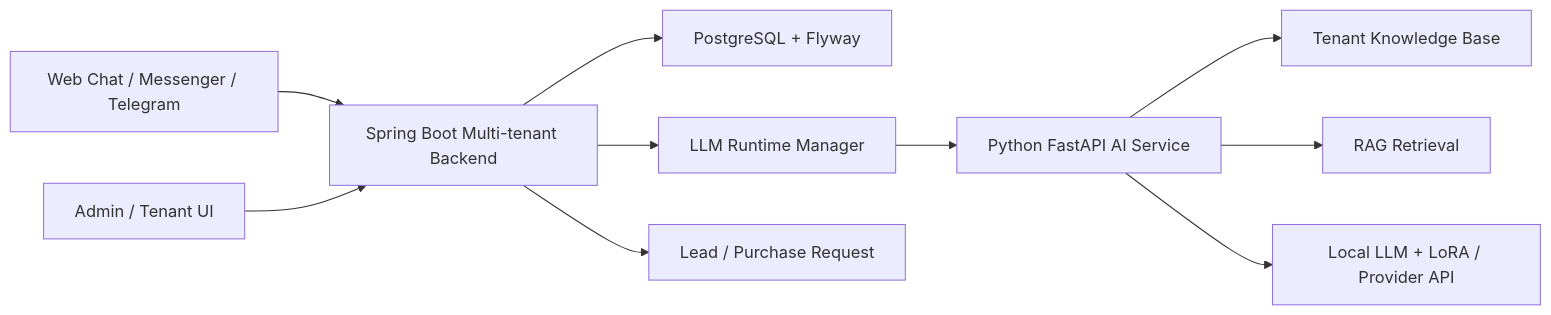
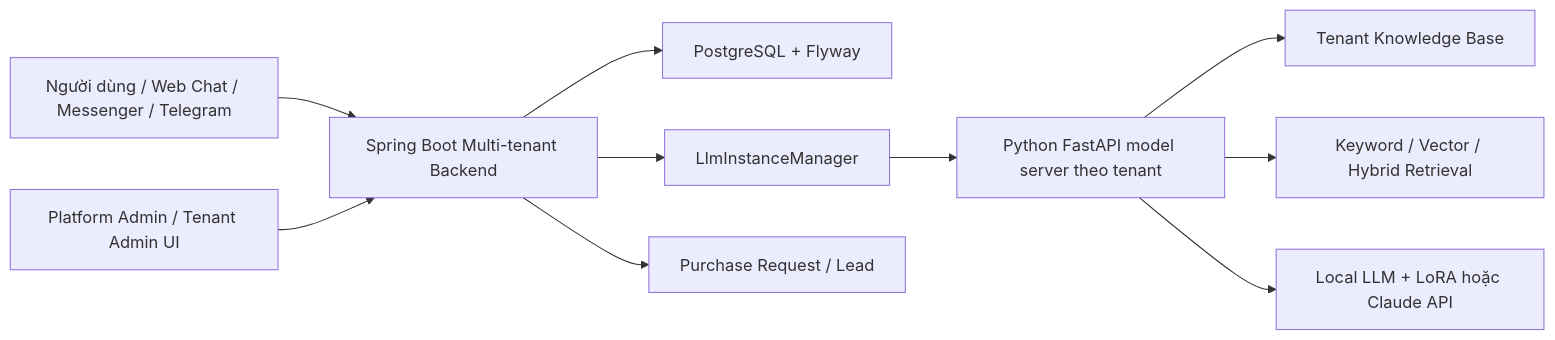
Before and after one commit to ThisisLeVanPhap/project3: the diagram in readme.md, drawn with Mermaid. The commit also changed other lines of this file and 312 other files, not shown here.

````diff
--- a/readme.md
+++ b/readme.md
@@ -61,12 +31,12 @@
 ```mermaid
 flowchart LR
-    User["Web Chat / Messenger / Telegram"] --> Backend["Spring Boot Multi-tenant Backend"]
-    Admin["Admin / Tenant UI"] --> Backend
-    Backend --> DB["PostgreSQL + Flyway"]
-    Backend --> Runtime["LLM Runtime Manager"]
-    Runtime --> AI["Python FastAPI AI Service"]
-    AI --> KB["Tenant Knowledge Base"]
-    AI --> Retrieval["RAG Retrieval"]
-    AI --> Model["Local LLM + LoRA / Provider API"]
-    Backend --> Purchase["Lead / Purchase Request"]
+    Customer["Người dùng / Web Chat / Messenger / Telegram"] --> Spring["Spring Boot Multi-tenant Backend"]
+    Admin["Platform Admin / Tenant Admin UI"] --> Spring
+    Spring --> DB["PostgreSQL + Flyway"]
+    Spring --> Runtime["LlmInstanceManager"]
+    Runtime --> FastAPI["Python FastAPI model server theo tenant"]
+    FastAPI --> KB["Tenant Knowledge Base"]
+    FastAPI --> Retriever["Keyword / Vector / Hybrid Retrieval"]
+    FastAPI --> LLM["Local LLM + LoRA hoặc Claude API"]
+    Spring --> PR["Purchase Request / Lead"]
 ```
````
